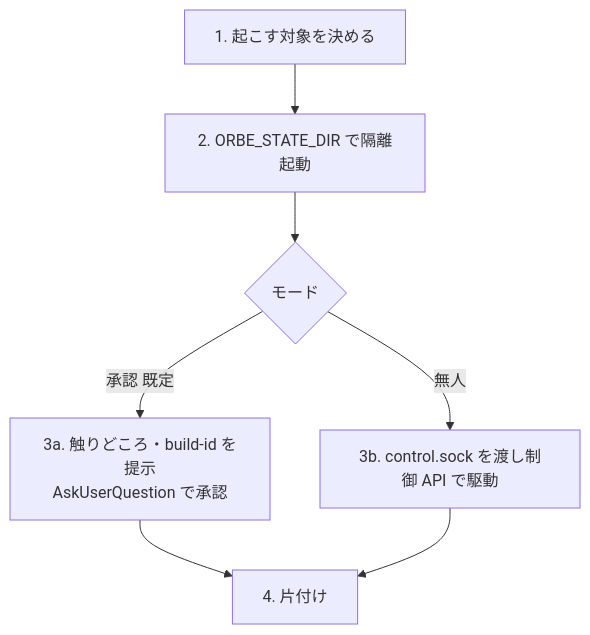
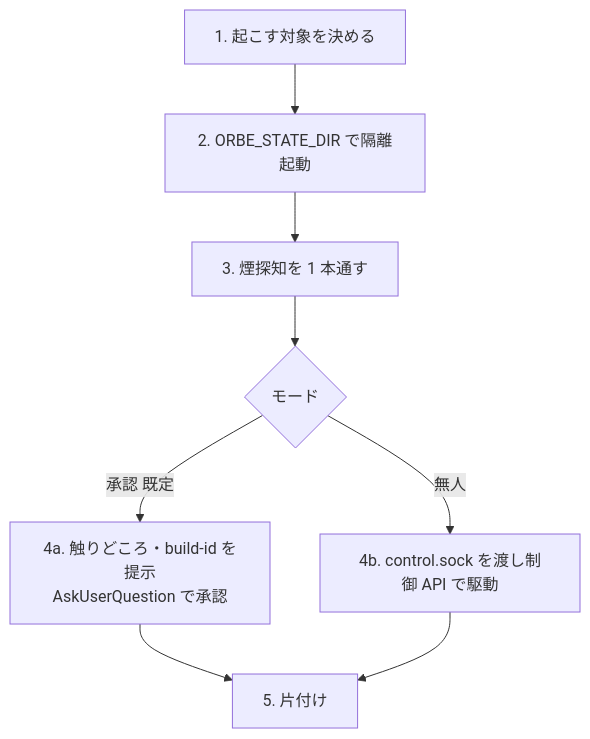
The diagram in .claude/skills/sandbox-run/SKILL.md (nakashima-takeo/orbe), drawn with Mermaid before and after one commit. The commit also changed other lines of this file and 149 other files, not shown here.

````diff
--- a/.claude/skills/sandbox-run/SKILL.md
+++ b/.claude/skills/sandbox-run/SKILL.md
@@ -23,9 +23,10 @@
 ```mermaid
 flowchart TD
     A[1. 起こす対象を決める] --> B[2. ORBE_STATE_DIR で隔離起動]
-    B --> M{モード}
-    M -->|承認 既定| C[3a. 触りどころ・build-id を提示<br/>AskUserQuestion で承認]
-    M -->|無人| D[3b. control.sock を渡し制御 API で駆動]
-    C --> E[4. 片付け]
+    B --> S[3. 煙探知を 1 本通す]
+    S --> M{モード}
+    M -->|承認 既定| C[4a. 触りどころ・build-id を提示<br/>AskUserQuestion で承認]
+    M -->|無人| D[4b. control.sock を渡し制御 API で駆動]
+    C --> E[5. 片付け]
     D --> E
 ```
````
